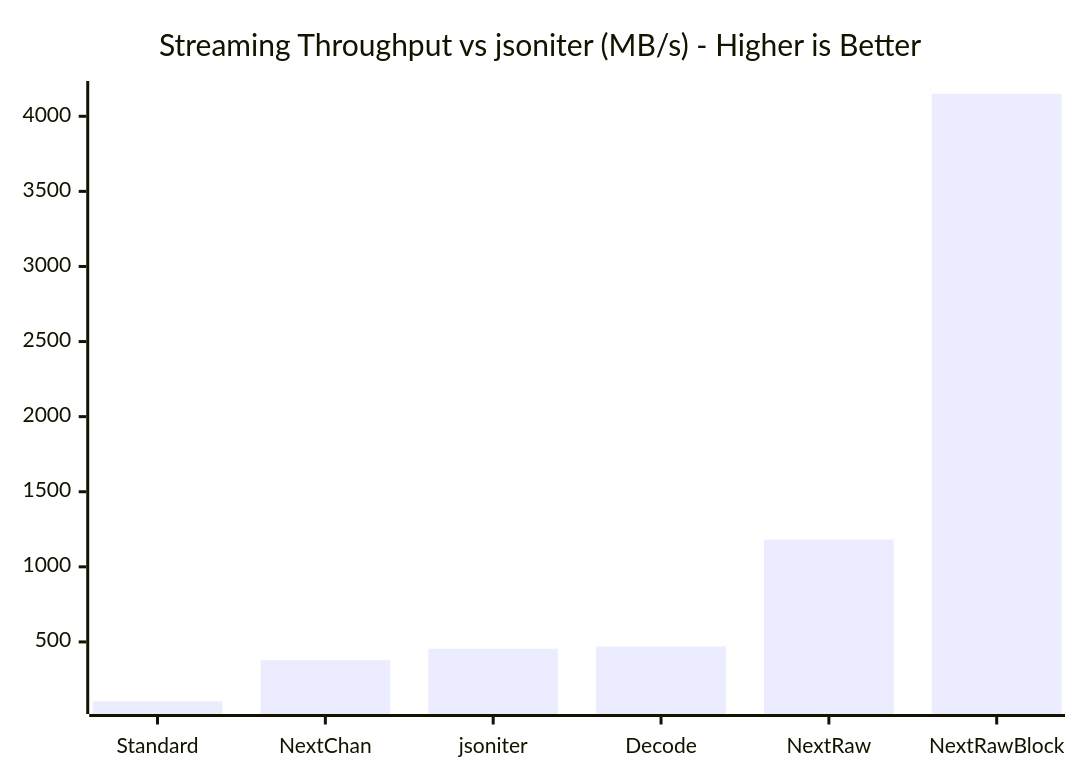
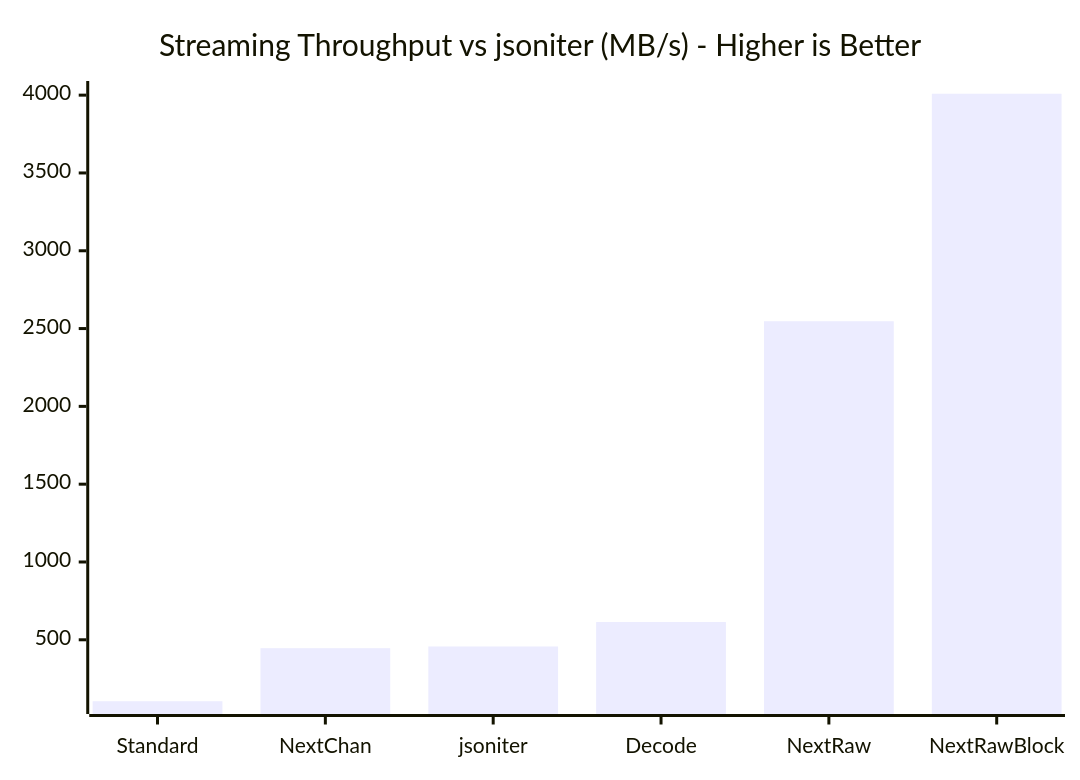
One commit to GenshIv/silentjson changed the fourth of 7 diagrams in README.md. Above: the diagram before and after it, drawn with Mermaid. The commit also changed other lines of this file and 5 other files, not shown here.

````diff
--- a/README.md
+++ b/README.md
@@ -93,6 +108,6 @@
 ```mermaid
 xychart-beta
     title "Streaming Throughput vs jsoniter (MB/s) - Higher is Better"
     x-axis ["Standard", "NextChan", "jsoniter", "Decode", "NextRaw", "NextRawBlock"]
-    bar [105, 378, 455, 470, 1181, 4150]
+    bar [105, 446, 457, 614, 2547, 4009]
 ```
````
